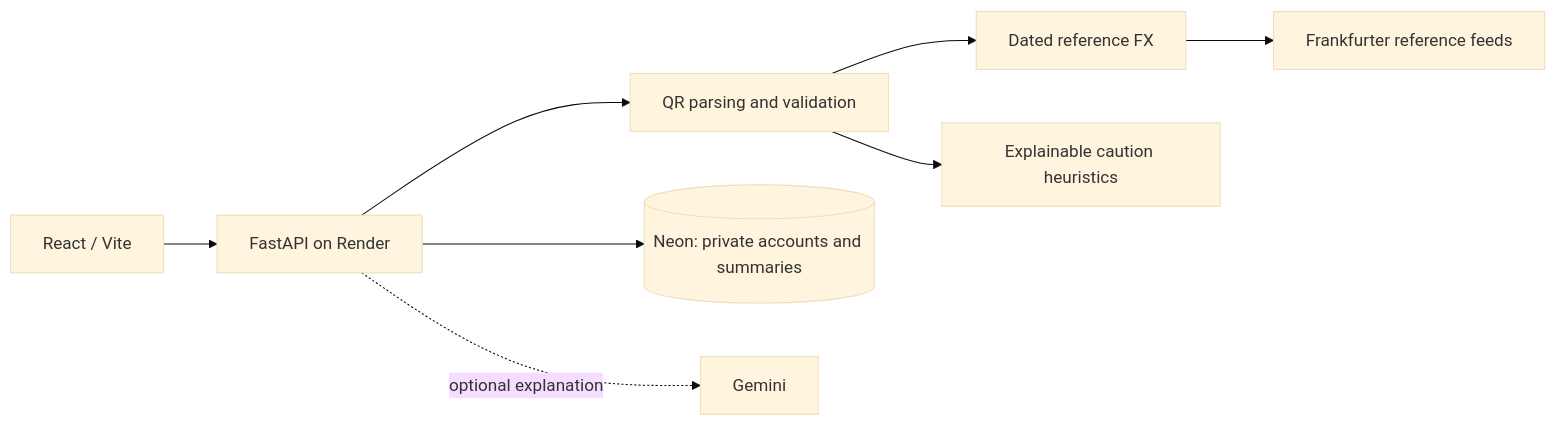
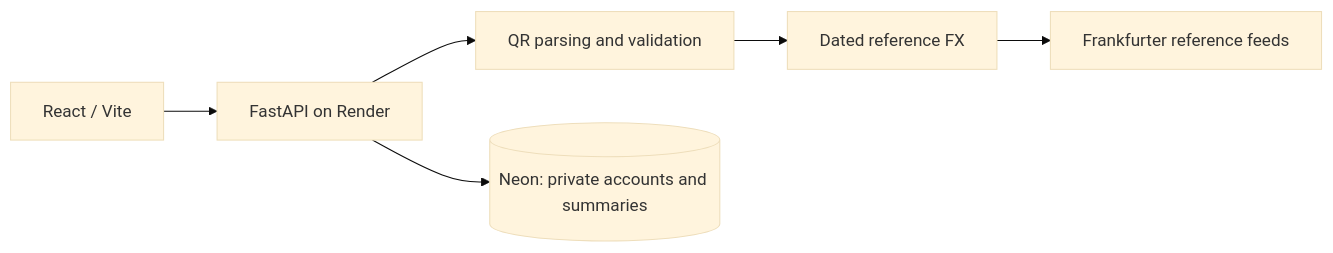
The diagram in README.md (shriyansh123-ux/qr-payment-agent), drawn with Mermaid (base theme) before and after one commit. The commit also changed other lines of this file and 29 other files, not shown here.

````diff
--- a/README.md
+++ b/README.md
@@ -36,10 +35,8 @@
 ```mermaid
 flowchart LR
     UI[React / Vite] --> API[FastAPI on Render]
     API --> Parser[QR parsing and validation]
     Parser --> FX[Dated reference FX]
-    Parser --> Caution[Explainable caution heuristics]
     FX --> Rates[Frankfurter reference feeds]
     API --> DB[(Neon: private accounts and summaries)]
-    API -. optional explanation .-> Gemini[Gemini]
 ```
````
